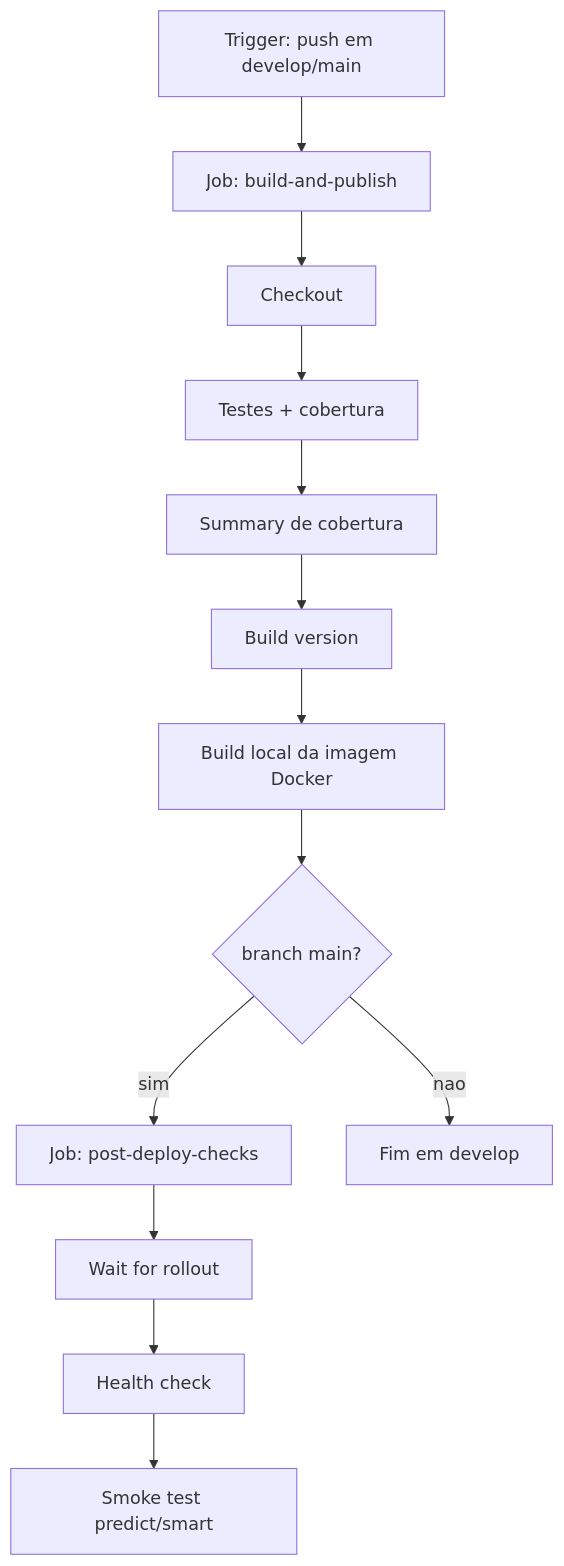
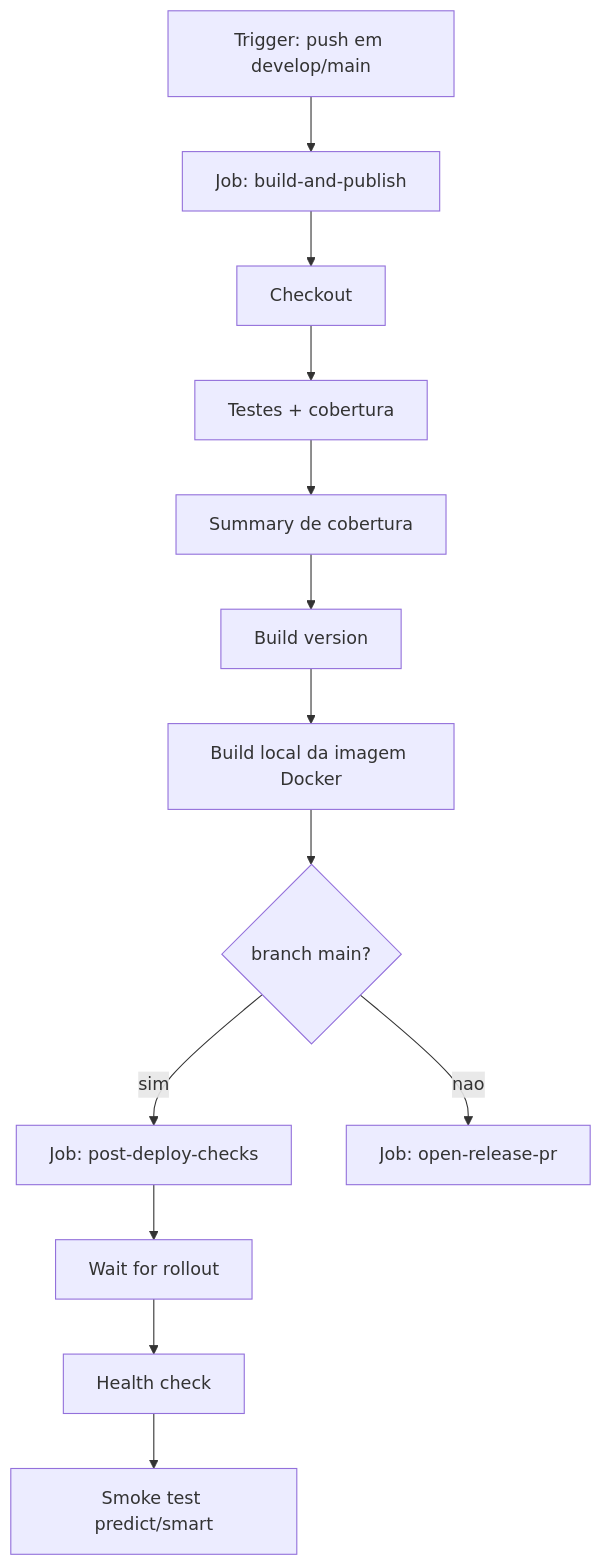
The fifth of 6 diagrams in README.md (PauloGuedes2/passos-magicos-datathon), drawn with Mermaid before and after one commit. The commit also changed other lines of this file and 2 other files, not shown here.

````diff
--- a/README.md
+++ b/README.md
@@ -326,15 +325,15 @@
 ```mermaid
 flowchart TD
     T[Trigger: push em develop/main] --> B[Job: build-and-publish]
     B --> B1[Checkout]
     B1 --> B2[Testes + cobertura]
     B2 --> B3[Summary de cobertura]
     B3 --> B4[Build version]
     B4 --> B5[Build local da imagem Docker]
     B5 --> D{branch main?}
     D -- sim --> C[Job: post-deploy-checks]
-    D -- nao --> E[Fim em develop]
+    D -- nao --> PR[Job: open-release-pr]
     C --> C1[Wait for rollout]
     C1 --> C2[Health check]
     C2 --> C3[Smoke test predict/smart]
 ```
````
